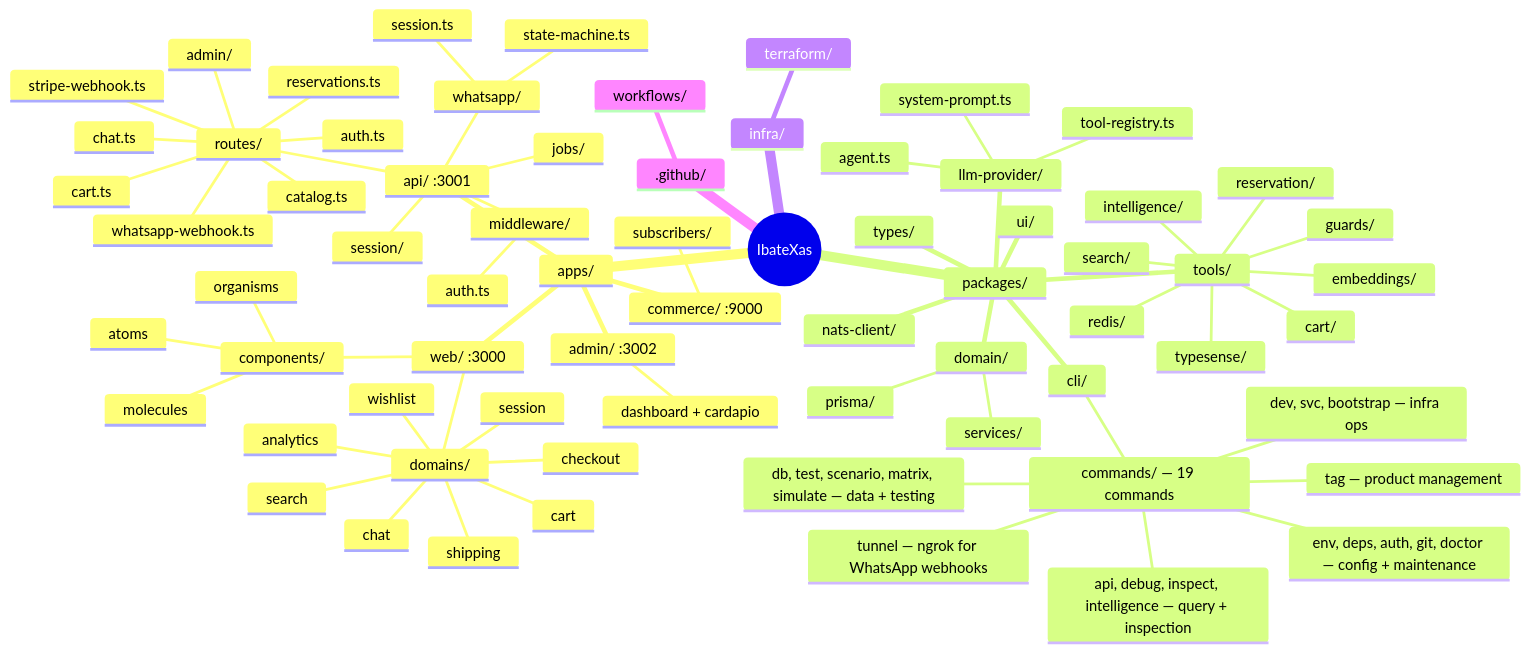
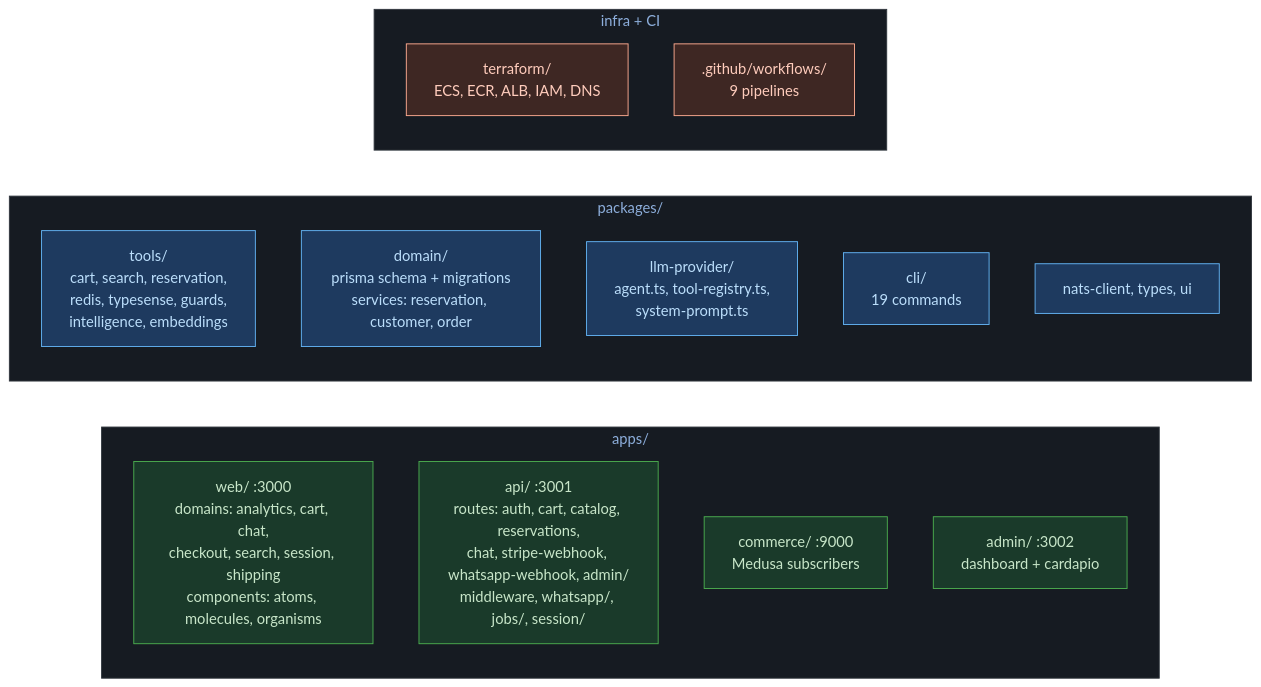
One commit to BrunoRodolpho/ibatexas changed the second of 4 diagrams in docs/ARCHITECTURE.md. Above: the diagram before and after it, drawn with Mermaid. The commit also changed other lines of this file, not shown here.

First line of the commit message:
fix(docs): improve Mermaid diagram colors for dark mode readability

````diff
--- a/docs/ARCHITECTURE.md
+++ b/docs/ARCHITECTURE.md
@@ -61,72 +77,38 @@
 ```mermaid
-mindmap
-  root((IbateXas))
-    apps/
-      web/ :3000
-        domains/
-          analytics
-          cart
-          chat
-          checkout
-          search
-          session
-          shipping
-          wishlist
-        components/
-          atoms
-          molecules
-          organisms
-      api/ :3001
-        routes/
-          auth.ts
-          cart.ts
-          catalog.ts
-          reservations.ts
-          chat.ts
-          stripe-webhook.ts
-          whatsapp-webhook.ts
-          admin/
-        middleware/
-          auth.ts
-        whatsapp/
-          state-machine.ts
-          session.ts
-        jobs/
-        session/
-      commerce/ :9000
-        subscribers/
-      admin/ :3002
-        dashboard + cardapio
-    packages/
-      tools/
-        cart/
-        search/
-        reservation/
-        intelligence/
-        embeddings/
-        redis/
-        typesense/
-        guards/
-      domain/
-        prisma/
-        services/
-      cli/
-        commands/ — 19 commands
-          dev, svc, bootstrap — infra ops
-          db, test, scenario, matrix, simulate — data + testing
-          api, debug, inspect, intelligence — query + inspection
-          tag — product management
-          env, deps, auth, git, doctor — config + maintenance
-          tunnel — ngrok for WhatsApp webhooks
-      llm-provider/
-        agent.ts
-        tool-registry.ts
-        system-prompt.ts
-      nats-client/
-      types/
-      ui/
-    infra/
-      terraform/
-    .github/
-      workflows/
+%%{init: {'theme': 'base', 'themeVariables': {'primaryColor': '#1e3a5f', 'primaryTextColor': '#e0e0e0', 'primaryBorderColor': '#4a90d9', 'lineColor': '#6ba3d6', 'background': '#0d1117', 'mainBkg': '#161b22', 'clusterBkg': '#161b22', 'clusterBorder': '#30363d'}}}%%
+graph LR
+  subgraph apps["apps/"]
+    direction TB
+    WEB["web/ :3000<br/>domains: analytics, cart, chat,<br/>checkout, search, session, shipping<br/>components: atoms, molecules, organisms"]
+    API_APP["api/ :3001<br/>routes: auth, cart, catalog, reservations,<br/>chat, stripe-webhook, whatsapp-webhook, admin/<br/>middleware, whatsapp/, jobs/, session/"]
+    COMMERCE["commerce/ :9000<br/>Medusa subscribers"]
+    ADMIN_APP["admin/ :3002<br/>dashboard + cardapio"]
+  end
+
+  subgraph packages["packages/"]
+    direction TB
+    TOOLS["tools/<br/>cart, search, reservation,<br/>redis, typesense, guards,<br/>intelligence, embeddings"]
+    DOMAIN["domain/<br/>prisma schema + migrations<br/>services: reservation, customer, order"]
+    LLM["llm-provider/<br/>agent.ts, tool-registry.ts,<br/>system-prompt.ts"]
+    CLI_PKG["cli/<br/>19 commands"]
+    OTHER["nats-client, types, ui"]
+  end
+
+  subgraph infra["infra + CI"]
+    direction TB
+    TF["terraform/<br/>ECS, ECR, ALB, IAM, DNS"]
+    GH[".github/workflows/<br/>9 pipelines"]
+  end
+
+  style WEB fill:#1a3a2a,stroke:#4caf50,color:#c8e6c9
+  style API_APP fill:#1a3a2a,stroke:#4caf50,color:#c8e6c9
+  style COMMERCE fill:#1a3a2a,stroke:#4caf50,color:#c8e6c9
+  style ADMIN_APP fill:#1a3a2a,stroke:#4caf50,color:#c8e6c9
+  style TOOLS fill:#1e3a5f,stroke:#64b5f6,color:#bbdefb
+  style DOMAIN fill:#1e3a5f,stroke:#64b5f6,color:#bbdefb
+  style LLM fill:#1e3a5f,stroke:#64b5f6,color:#bbdefb
+  style CLI_PKG fill:#1e3a5f,stroke:#64b5f6,color:#bbdefb
+  style OTHER fill:#1e3a5f,stroke:#64b5f6,color:#bbdefb
+  style TF fill:#3e2723,stroke:#ffab91,color:#ffccbc
+  style GH fill:#3e2723,stroke:#ffab91,color:#ffccbc
 ```
````
